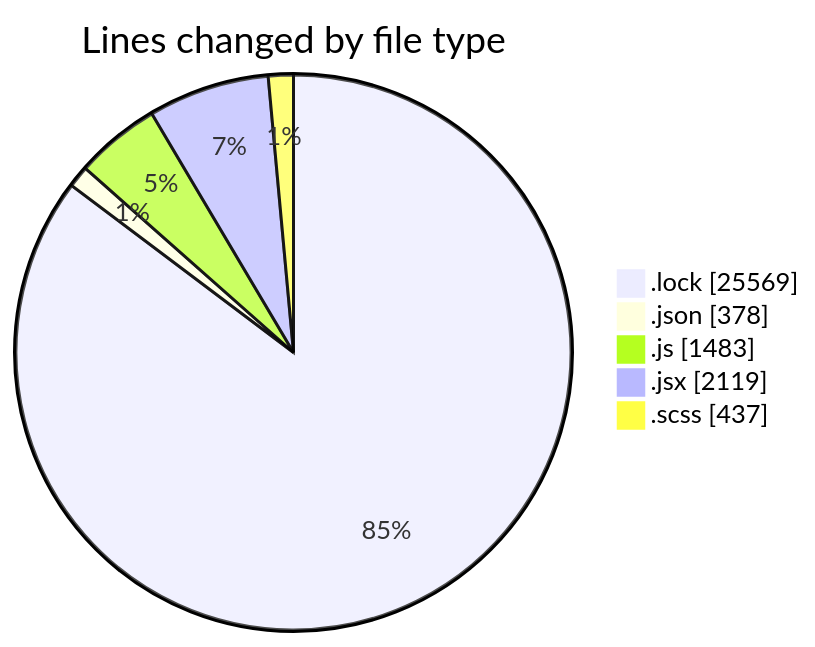
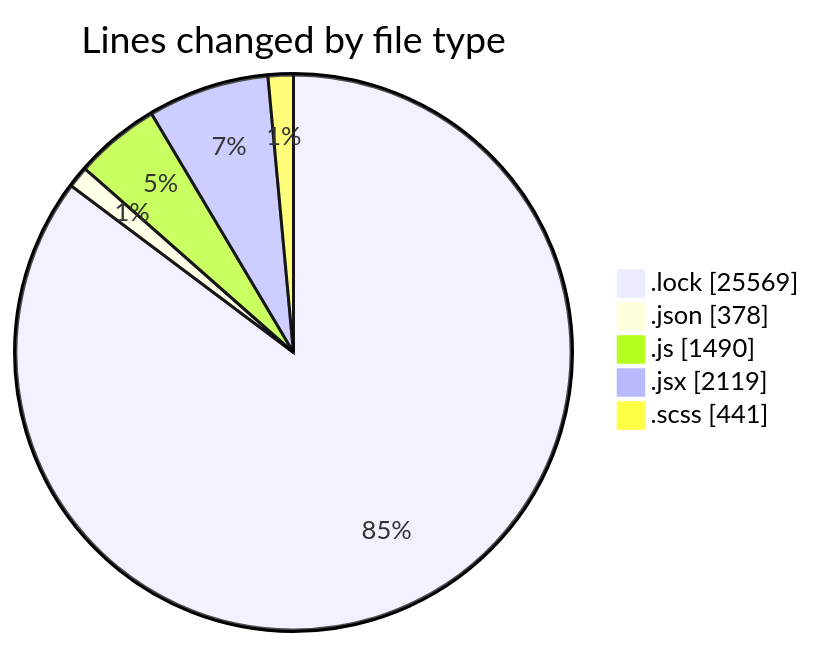
One commit to momahboobian/code-tracking changed the first of 2 diagrams in 2026-01-07/cda/README.md. Above: the diagram before and after it, drawn with Mermaid. The commit also changed other lines of this file and 1 other file, not shown here.

````diff
--- a/2026-01-07/cda/README.md
+++ b/2026-01-07/cda/README.md
@@ -50,9 +50,9 @@
 ```mermaid
 pie showData
 title Lines changed by file type
 ".lock" : 25569
 ".json" : 378
-".js" : 1483
+".js" : 1490
 ".jsx" : 2119
-".scss" : 437
+".scss" : 441
 ```
````
